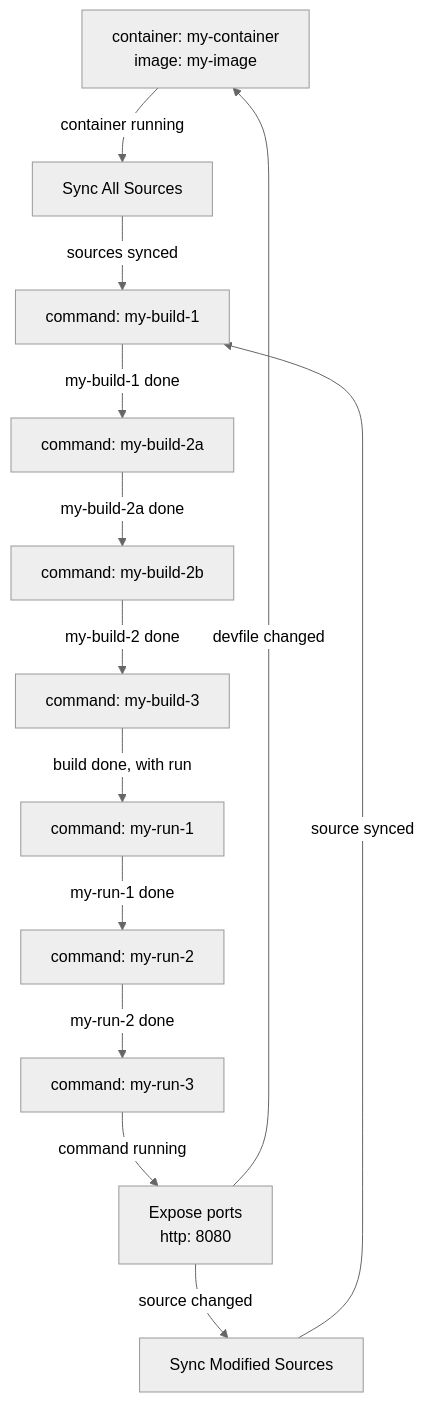
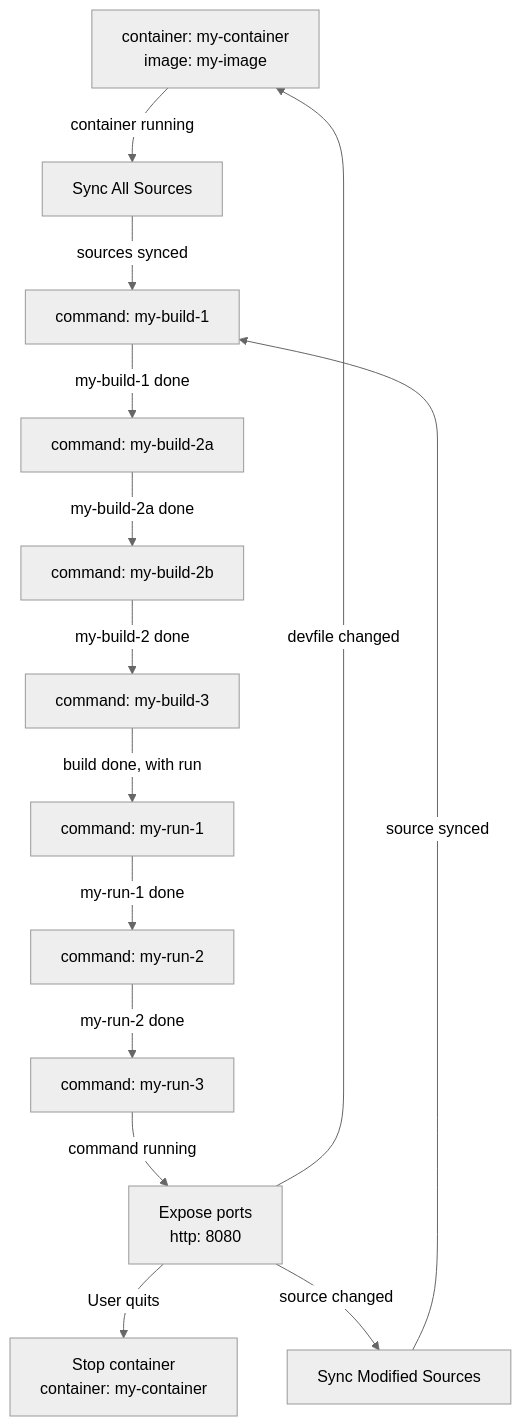
Before and after one commit to feloy/devfile-lifecycle: the diagram in pkg/graph/graphs/container-composite-build-run.md, drawn with Mermaid (neutral theme). The commit also changed 7 other files, not shown here.

Commit message:
Add "User quits" event

````diff
--- a/pkg/graph/graphs/container-composite-build-run.md
+++ b/pkg/graph/graphs/container-composite-build-run.md
@@ -1,26 +1,28 @@
 ```mermaid
 graph TB
 my-container["container: my-container<br/>image: my-image"]
 my-build-1["command: my-build-1"]
 my-build-2a["command: my-build-2a"]
 my-build-2b["command: my-build-2b"]
 my-build-3["command: my-build-3"]
 my-container-my-run-1-expose["Expose ports<br/>http: 8080"]
+my-container-stop["Stop container<br/>container: my-container"]
 my-run-1["command: my-run-1"]
 my-run-2["command: my-run-2"]
 my-run-3["command: my-run-3"]
 sync-all-my-container["Sync All Sources"]
 sync-modified-my-container["Sync Modified Sources"]
 my-container -->|"container running"| sync-all-my-container
 sync-all-my-container -->|"sources synced"| my-build-1
 my-build-1 -->|"my-build-1 done"| my-build-2a
 my-build-2a -->|"my-build-2a done"| my-build-2b
 my-build-2b -->|"my-build-2 done"| my-build-3
 my-build-3 -->|"build done, with run"| my-run-1
 my-run-1 -->|"my-run-1 done"| my-run-2
 my-run-2 -->|"my-run-2 done"| my-run-3
 my-run-3 -->|"command running"| my-container-my-run-1-expose
+my-container-my-run-1-expose -->|"User quits"| my-container-stop
 my-container-my-run-1-expose -->|"source changed"| sync-modified-my-container
 sync-modified-my-container -->|"source synced"| my-build-1
 my-container-my-run-1-expose -->|"devfile changed"| my-container
 ```
````
